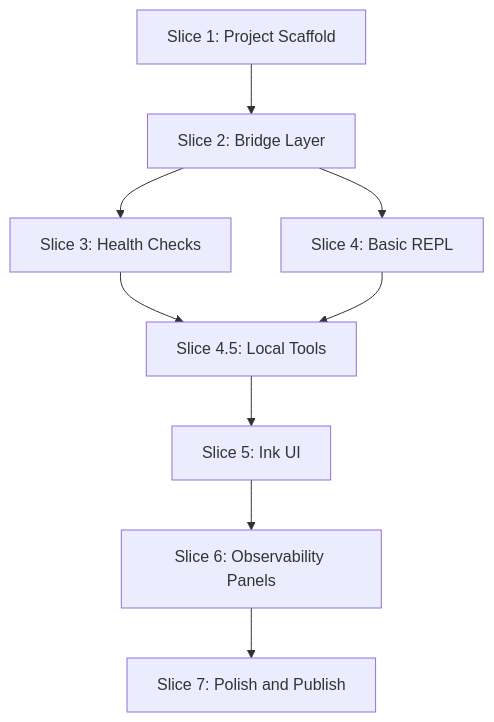
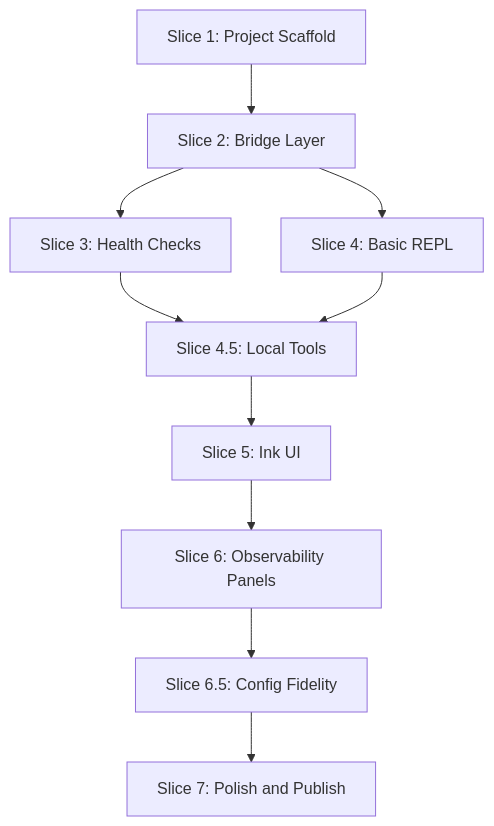
One commit to mieweb/jerry changed the diagram in docs/plans/phase-3.md. Above: the diagram before and after it, drawn with Mermaid. The commit also changed other lines of this file and 25 other files, not shown here.

First line of the commit message:
feat(jerry-term): add runtime/model picker and Ozwell config fidelity

````diff
--- a/docs/plans/phase-3.md
+++ b/docs/plans/phase-3.md
@@ -210,11 +210,12 @@
 ```mermaid
 flowchart TD
     S1[Slice 1: Project Scaffold] --> S2[Slice 2: Bridge Layer]
     S2 --> S3[Slice 3: Health Checks]
     S2 --> S4[Slice 4: Basic REPL]
     S3 --> S4_5[Slice 4.5: Local Tools]
     S4 --> S4_5
     S4_5 --> S5[Slice 5: Ink UI]
     S5 --> S6[Slice 6: Observability Panels]
-    S6 --> S7[Slice 7: Polish and Publish]
+    S6 --> S6_5[Slice 6.5: Config Fidelity]
+    S6_5 --> S7[Slice 7: Polish and Publish]
 ```
````
